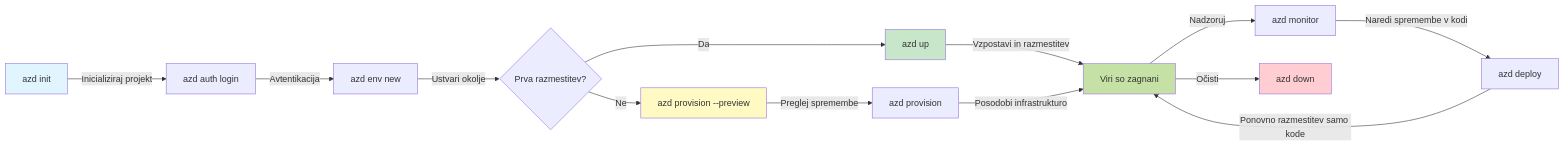
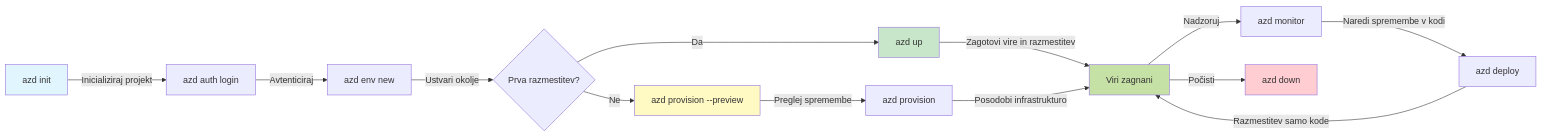
Before and after one commit to microsoft/AZD-for-beginners: the first of 2 diagrams in translations/sl/docs/chapter-01-foundation/azd-basics.md, drawn with Mermaid. The commit also changed other lines of this file and 101 other files, not shown here.

````diff
--- a/translations/sl/docs/chapter-01-foundation/azd-basics.md
+++ b/translations/sl/docs/chapter-01-foundation/azd-basics.md
@@ -269,21 +269,21 @@
 ```mermaid
 graph LR
     A[azd init] -->|Inicializiraj projekt| B[azd auth login]
-    B -->|Avtentikacija| C[azd env new]
+    B -->|Avtenticiraj| C[azd env new]
     C -->|Ustvari okolje| D{Prva razmestitev?}
     D -->|Da| E[azd up]
     D -->|Ne| F[azd provision --preview]
     F -->|Preglej spremembe| G[azd provision]
-    E -->|Vzpostavi in razmestitev| H[Viri so zagnani]
+    E -->|Zagotovi vire in razmestitev| H[Viri zagnani]
     G -->|Posodobi infrastrukturo| H
     H -->|Nadzoruj| I[azd monitor]
     I -->|Naredi spremembe v kodi| J[azd deploy]
-    J -->|Ponovno razmestitev samo kode| H
-    H -->|Očisti| K[azd down]
+    J -->|Razmestitev samo kode| H
+    H -->|Počisti| K[azd down]
     
     style A fill:#e1f5fe
     style E fill:#c8e6c9
     style F fill:#fff9c4
     style H fill:#c5e1a5
     style K fill:#ffcdd2
 ```
````
